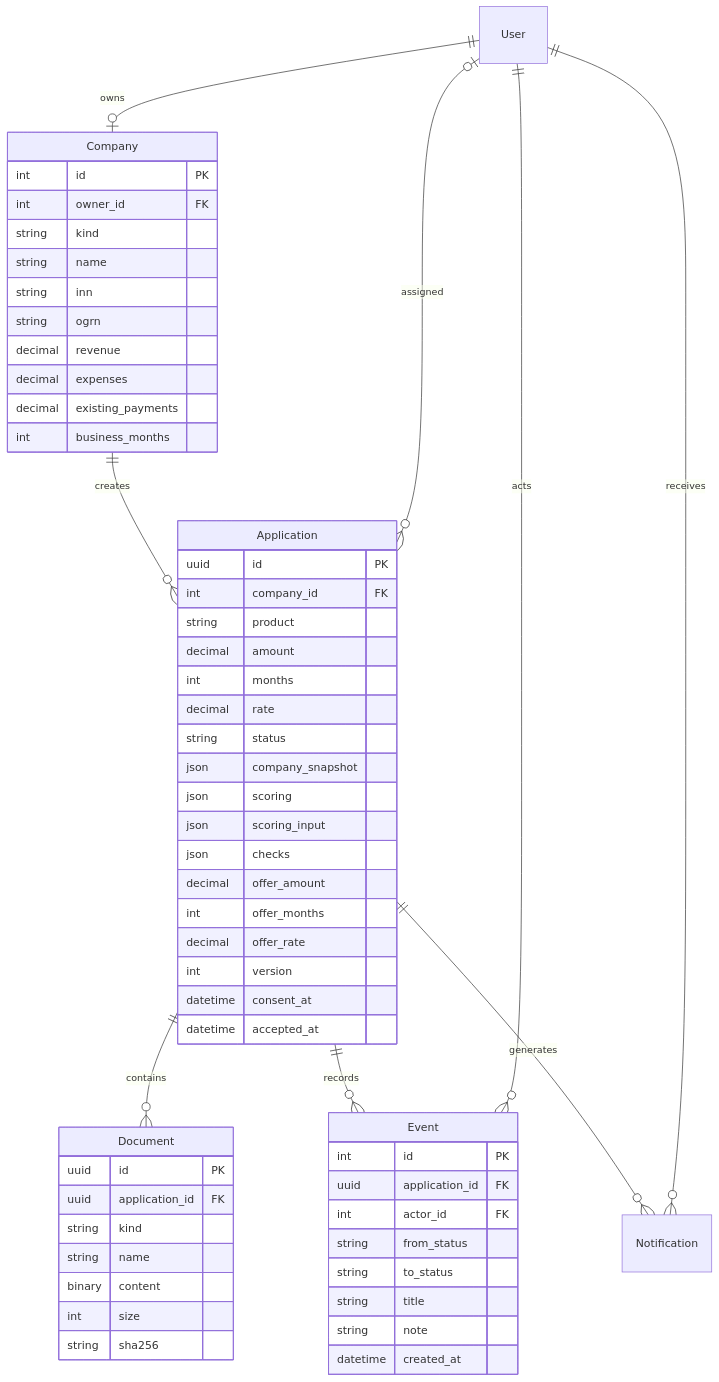
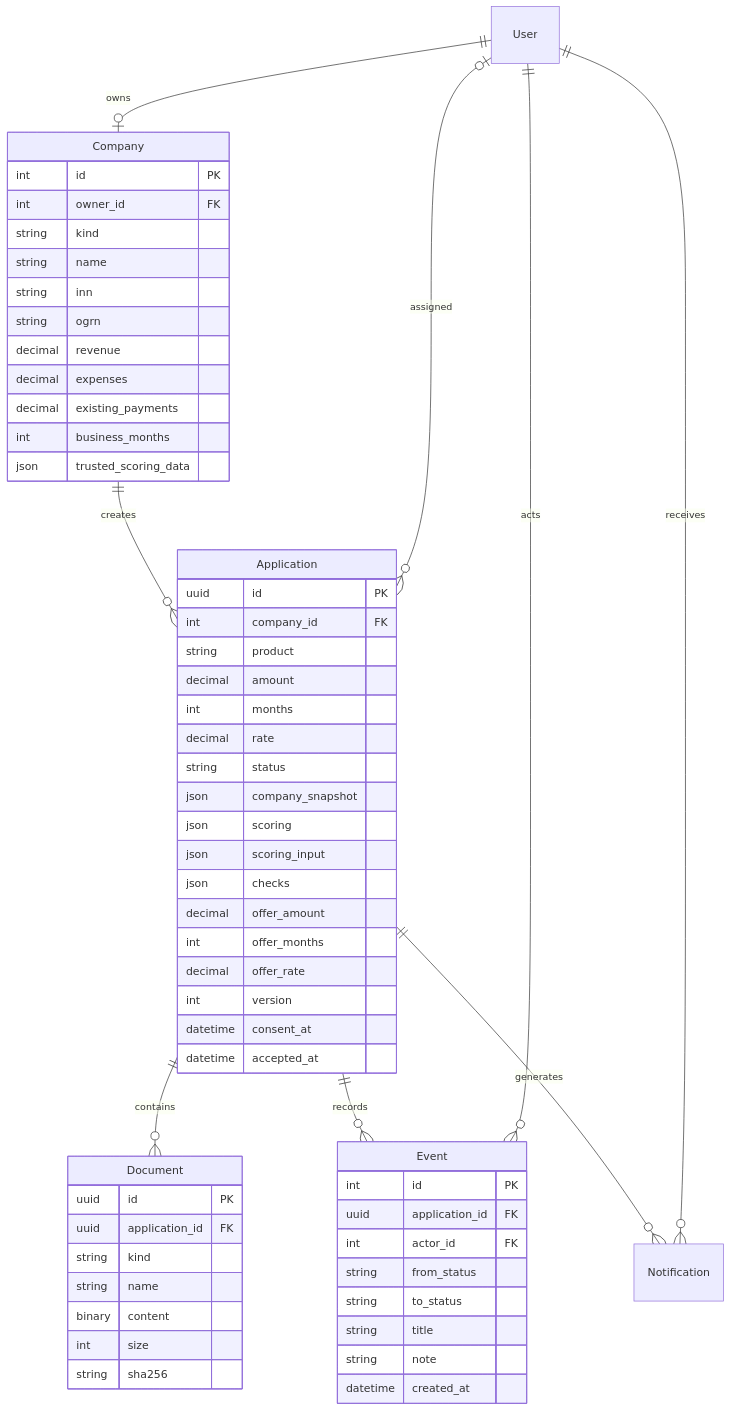
One commit to falvah/alpha changed the third of 3 diagrams in docs/architecture.md. Above: the diagram before and after it, drawn with Mermaid. The commit also changed other lines of this file and 74 other files, not shown here.

````diff
--- a/docs/architecture.md
+++ b/docs/architecture.md
@@ -57,61 +59,62 @@
 ```mermaid
 erDiagram
   User ||--o| Company : owns
   Company ||--o{ Application : creates
   User o|--o{ Application : assigned
   Application ||--o{ Document : contains
   Application ||--o{ Event : records
   Application ||--o{ Notification : generates
   User ||--o{ Event : acts
   User ||--o{ Notification : receives
   Company {
     int id PK
     int owner_id FK
     string kind
     string name
     string inn
     string ogrn
     decimal revenue
     decimal expenses
     decimal existing_payments
     int business_months
+    json trusted_scoring_data
   }
   Application {
     uuid id PK
     int company_id FK
     string product
     decimal amount
     int months
     decimal rate
     string status
     json company_snapshot
     json scoring
     json scoring_input
     json checks
     decimal offer_amount
     int offer_months
     decimal offer_rate
     int version
     datetime consent_at
     datetime accepted_at
   }
   Document {
     uuid id PK
     uuid application_id FK
     string kind
     string name
     binary content
     int size
     string sha256
   }
   Event {
     int id PK
     uuid application_id FK
     int actor_id FK
     string from_status
     string to_status
     string title
     string note
     datetime created_at
   }
 ```
````
